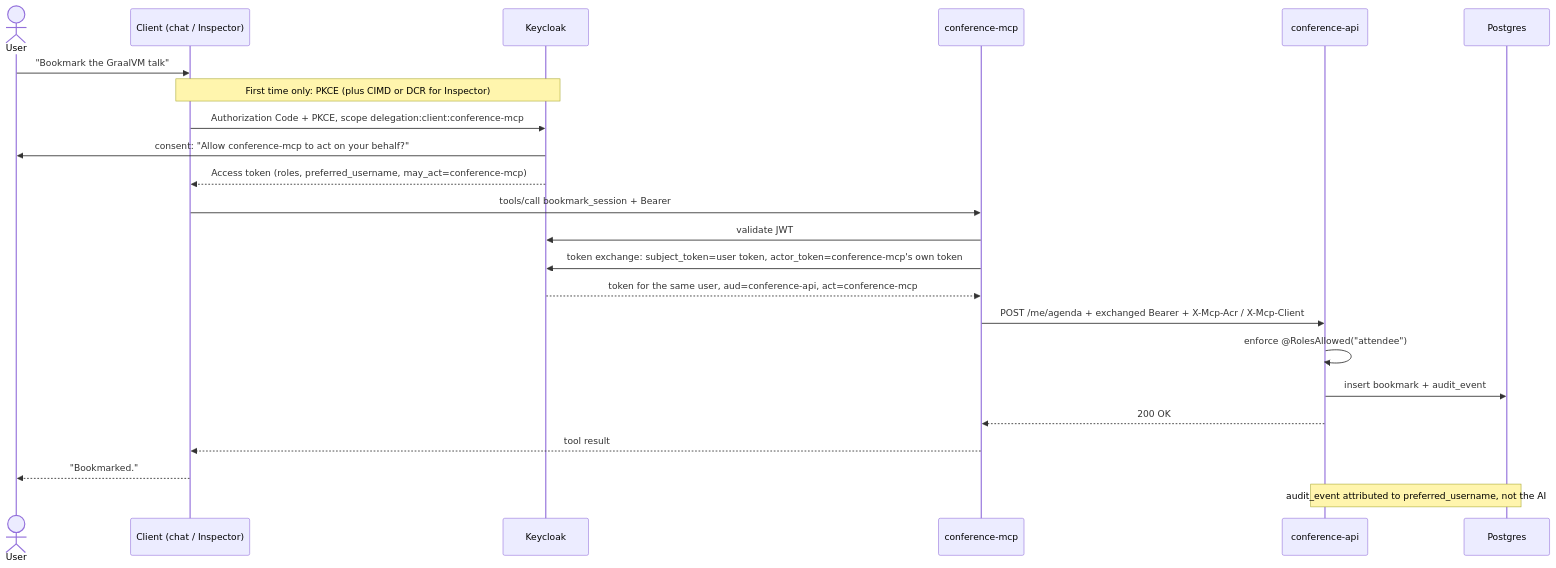
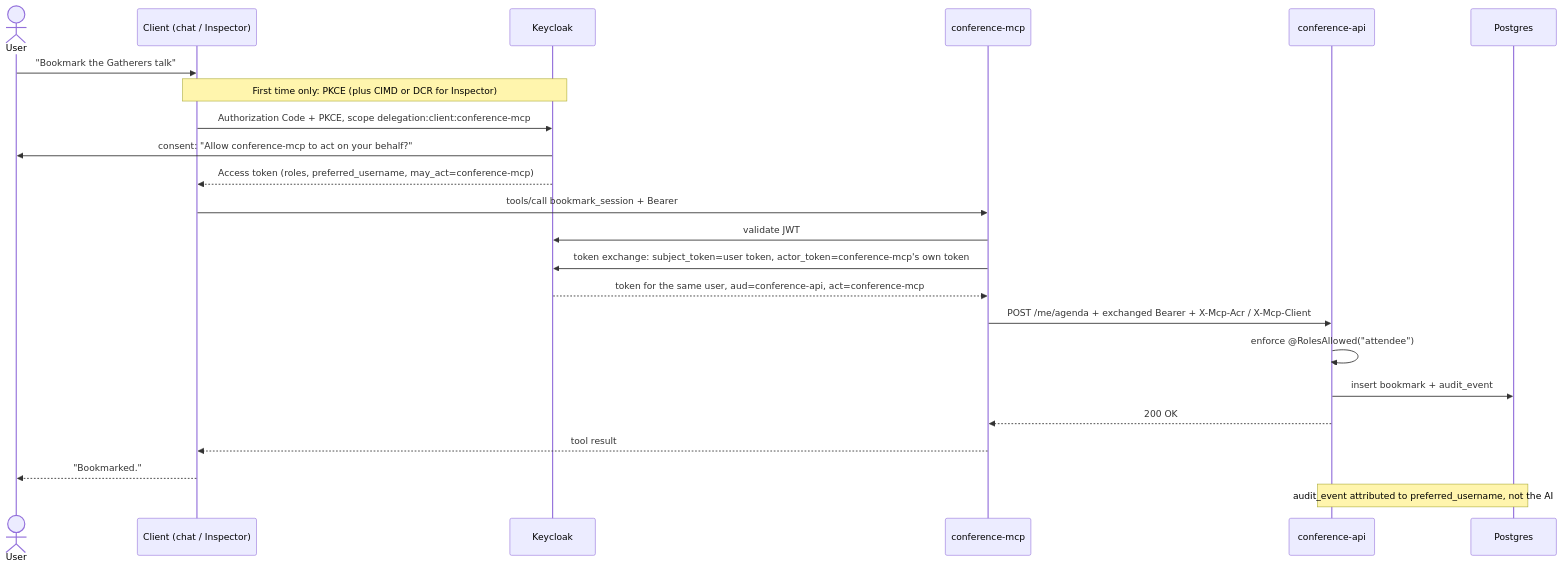
The second of 2 diagrams in README.md (wjglerum/quarkus-mcp-jfall-2026), drawn with Mermaid before and after one commit. The commit also changed other lines of this file and 38 other files, not shown here.

````diff
--- a/README.md
+++ b/README.md
@@ -52,26 +52,26 @@
 ```mermaid
 sequenceDiagram
   actor User
   participant C as Client (chat / Inspector)
   participant KC as Keycloak
   participant MCP as conference-mcp
   participant API as conference-api
   participant DB as Postgres
 
-  User->>C: "Bookmark the GraalVM talk"
+  User->>C: "Bookmark the Gatherers talk"
   Note over C,KC: First time only: PKCE (plus CIMD or DCR for Inspector)
   C->>KC: Authorization Code + PKCE, scope delegation:client:conference-mcp
   KC->>User: consent: "Allow conference-mcp to act on your behalf?"
   KC-->>C: Access token (roles, preferred_username, may_act=conference-mcp)
   C->>MCP: tools/call bookmark_session + Bearer
   MCP->>KC: validate JWT
   MCP->>KC: token exchange: subject_token=user token, actor_token=conference-mcp's own token
   KC-->>MCP: token for the same user, aud=conference-api, act=conference-mcp
   MCP->>API: POST /me/agenda + exchanged Bearer + X-Mcp-Acr / X-Mcp-Client
   API->>API: enforce @RolesAllowed("attendee")
   API->>DB: insert bookmark + audit_event
   API-->>MCP: 200 OK
   MCP-->>C: tool result
   C-->>User: "Bookmarked."
   Note over API,DB: audit_event attributed to preferred_username, not the AI
 ```
````
